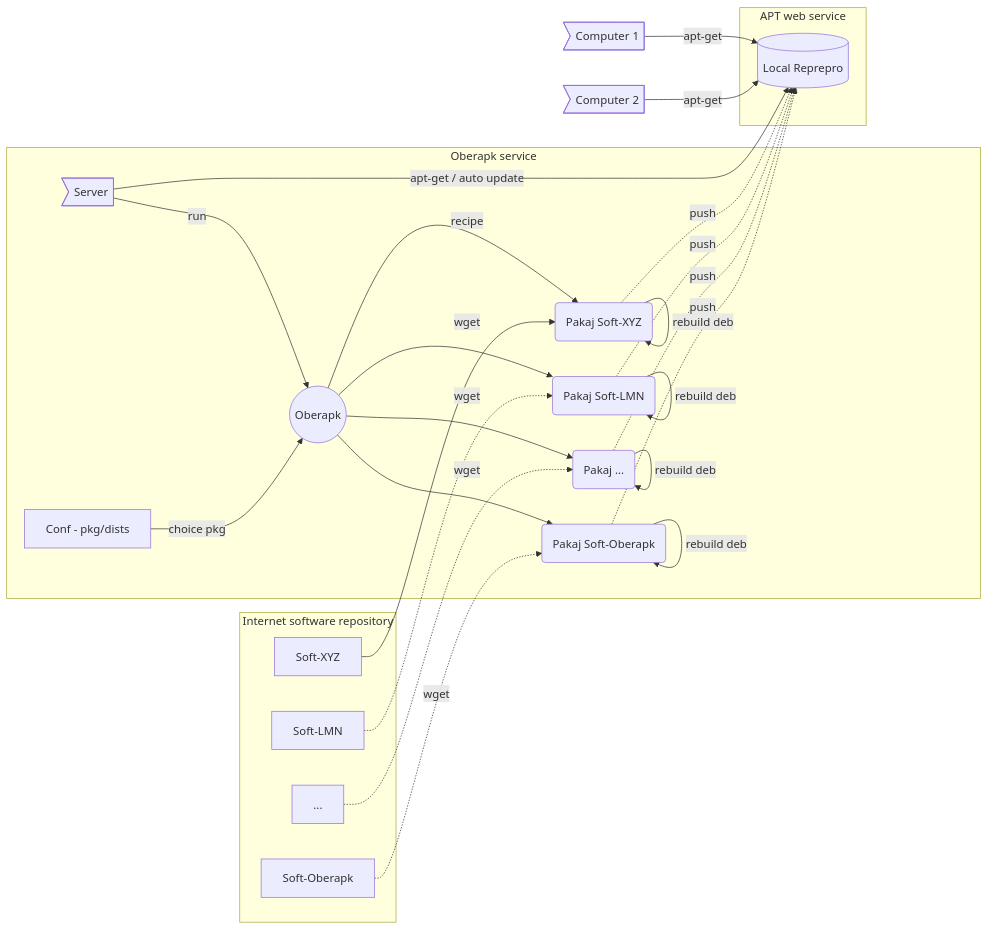
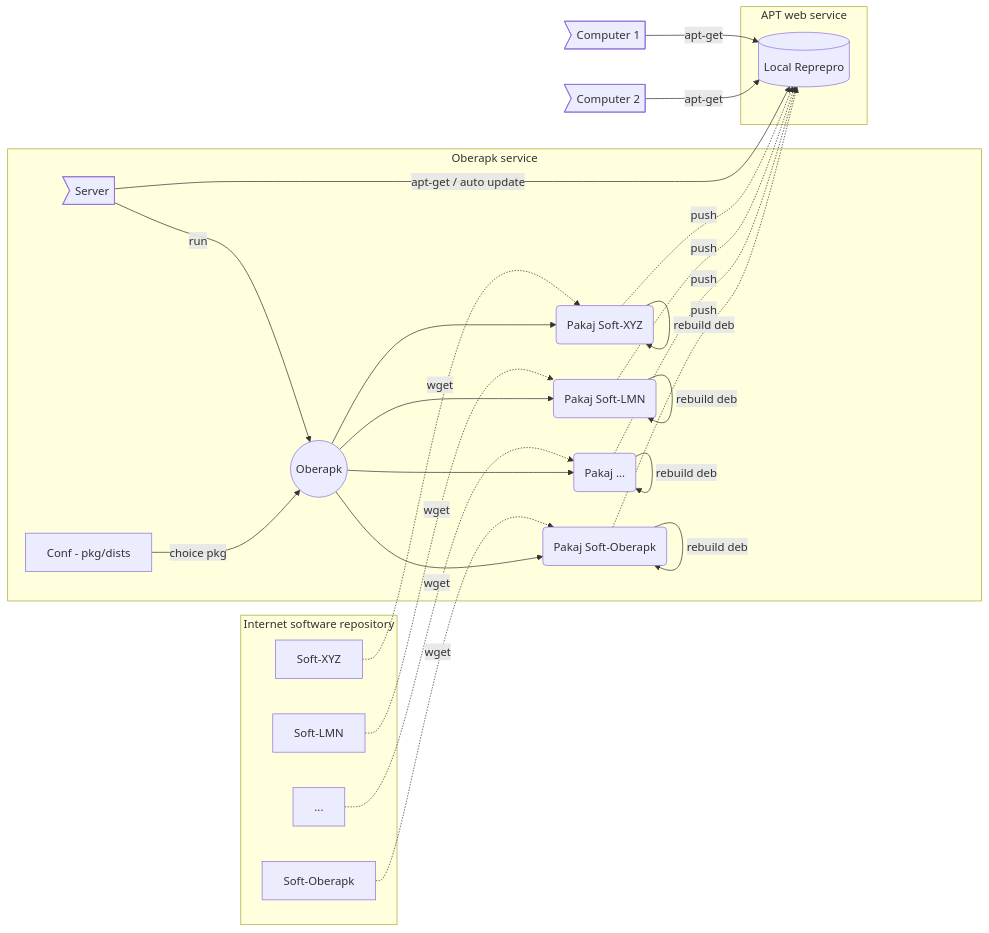
Before and after one commit to GabrielMoreau/oberapk: the diagram in README.md, drawn with Mermaid.

Commit message:
Another order

````diff
--- a/README.md
+++ b/README.md
@@ -33,56 +33,56 @@
 ```mermaid
 graph LR;
   subgraph Internet software repository
     idsx[Soft-XYZ]
     idsl[Soft-LMN]
     idsi[...]
     idso[Soft-Oberapk]
   end
 
   subgraph Oberapk service
     ids>Server]
     idc[Conf - pkg/dists]
 
     ido((Oberapk))
     
     idmx(Pakaj Soft-XYZ)
     idml(Pakaj Soft-LMN)
     idmi(Pakaj ...)
     idmo(Pakaj Soft-Oberapk)
   end
 
   subgraph APT web service
     idr[(Local Reprepro)]
   end
 
   idclient1>Computer 1]
   idclient2>Computer 2]
 
+  idsx -. wget .-> idmx
+  idsl -. wget .-> idml
+  idsi -. wget .-> idmi
+  idso -. wget .-> idmo
+
   ids -- run --> ido
   ids -- apt-get / auto update --> idr
 
   idc -- choice pkg --> ido
 
-  ido -- recipe --> idmx
+  ido --> idmx
   ido --> idml
   ido --> idmi
   ido --> idmo
-
-  idsx <-. wget .- idmx
-  idsl -. wget .-> idml
-  idsi -. wget .-> idmi
-  idso -. wget .-> idmo
 
   idmx -- rebuild deb --> idmx
   idml -- rebuild deb --> idml
   idmi -- rebuild deb --> idmi
   idmo -- rebuild deb --> idmo
 
   idmx -. push .-> idr
   idml -. push .-> idr
   idmi -. push .-> idr
   idmo -. push .-> idr
 
   idclient1 -- apt-get --> idr
   idclient2 -- apt-get --> idr
 ```
````
